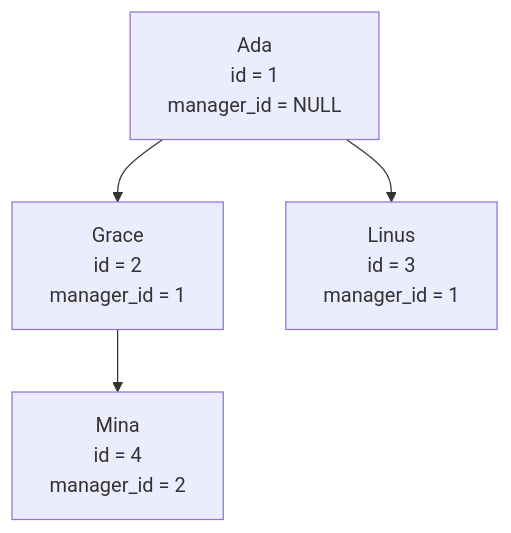
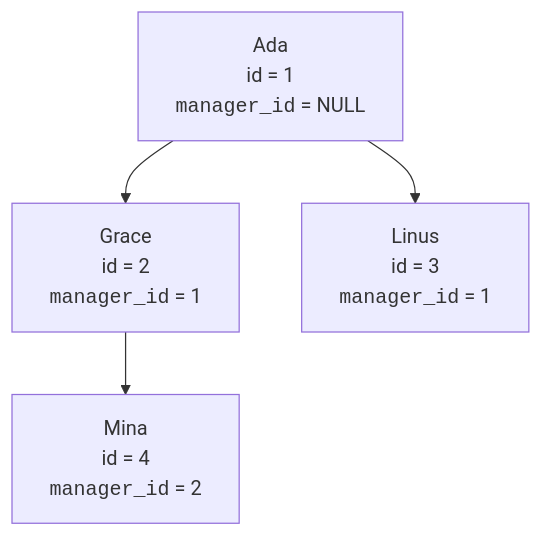
Before and after one commit to dataslope/dataslope: the second of 6 diagrams in content/learn/database-design-postgresql/self-referencing-relationships.mdx, drawn with Mermaid. The commit also changed other lines of this file and 218 other files, not shown here.

First line of the commit message:
Render code-only mermaid shapes in monospace; convert step sequences to Steps (#467)

````diff
--- a/content/learn/database-design-postgresql/self-referencing-relationships.mdx
+++ b/content/learn/database-design-postgresql/self-referencing-relationships.mdx
@@ -32,6 +32,6 @@
 ```mermaid
 flowchart TB
-    CEO["Ada<br/>id = 1<br/>manager_id = NULL"] --> Eng["Grace<br/>id = 2<br/>manager_id = 1"]
-    CEO --> Ops["Linus<br/>id = 3<br/>manager_id = 1"]
-    Eng --> Dev["Mina<br/>id = 4<br/>manager_id = 2"]
+    CEO["Ada<br/>id = 1<br/><code>manager_id</code> = NULL"] --> Eng["Grace<br/>id = 2<br/><code>manager_id</code> = 1"]
+    CEO --> Ops["Linus<br/>id = 3<br/><code>manager_id</code> = 1"]
+    Eng --> Dev["Mina<br/>id = 4<br/><code>manager_id</code> = 2"]
 ```
````
